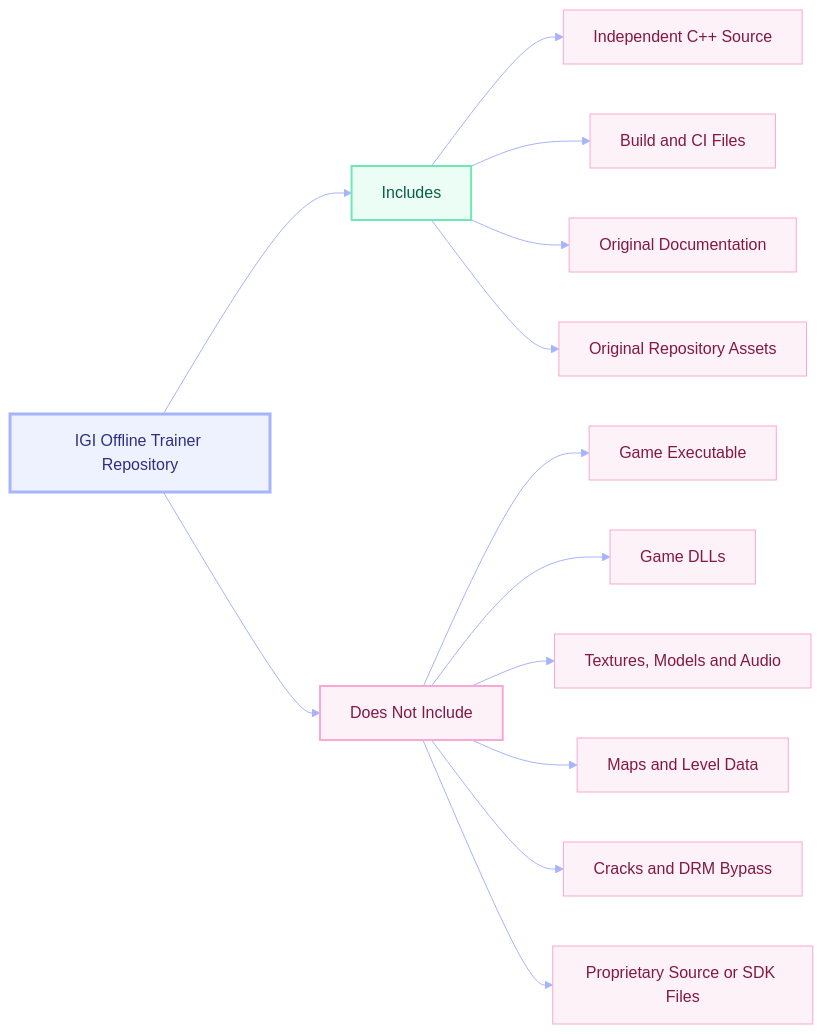
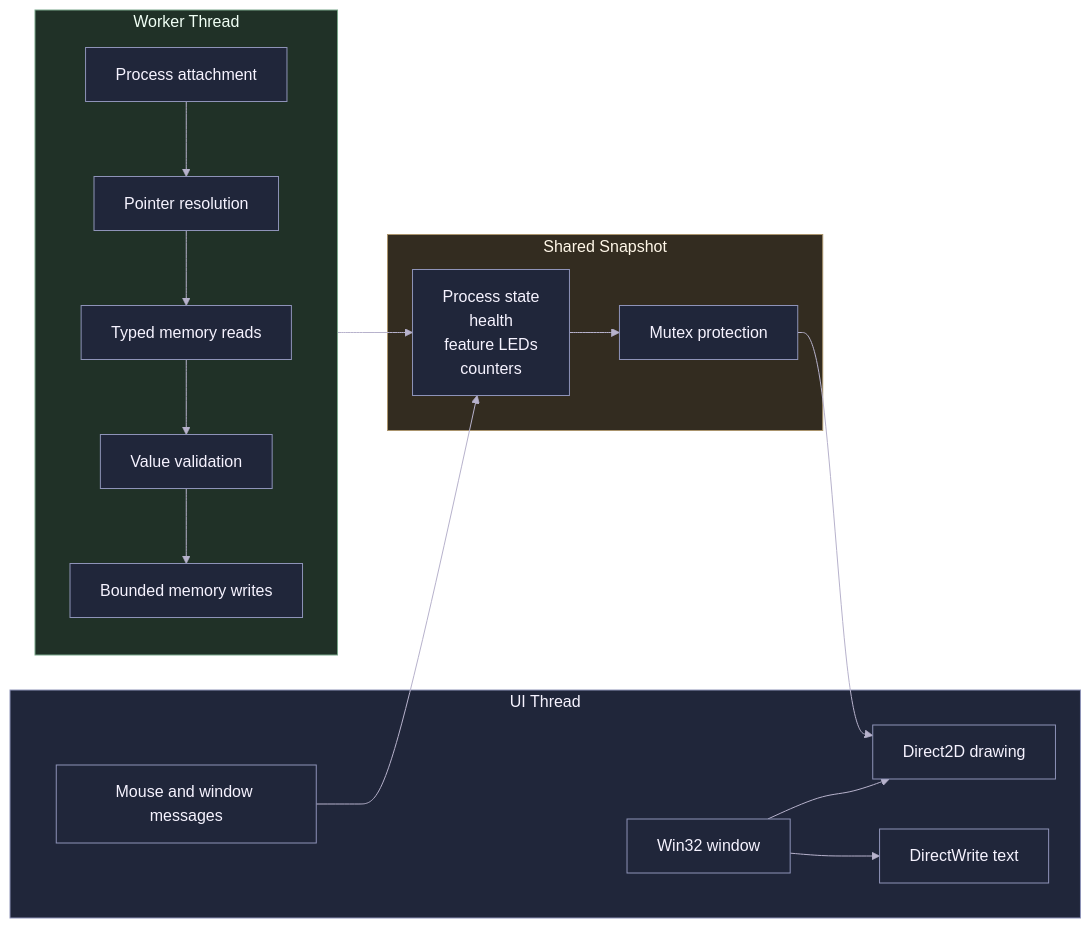
Before and after one commit to Tanishq-JM/Project-IGI-Offline-Trainer: diagram 16 of 17 in README.md, drawn with Mermaid. The commit also changed other lines of this file, not shown here.

````diff
--- a/README.md
+++ b/README.md
@@ -1196,22 +606,35 @@
 ```mermaid
-%%{init: {'theme':'base', 'themeVariables': { 'primaryColor':'#FDF2F8','primaryTextColor':'#831843','primaryBorderColor':'#F9A8D4','lineColor':'#A5B4FC','secondaryColor':'#EEF2FF','tertiaryColor':'#ECFDF5'}}}%%
+%%{init: {'theme':'base', 'themeVariables': {'background':'#0F1117','primaryColor':'#20263A','primaryTextColor':'#F6F3FF','primaryBorderColor':'#8E93B8','lineColor':'#B7B2CC','secondaryColor':'#1D2C35','secondaryTextColor':'#F3FAFC','secondaryBorderColor':'#7E9BAA','tertiaryColor':'#342633','tertiaryTextColor':'#FFF2FB','tertiaryBorderColor':'#A17F9D','fontFamily':'Segoe UI'}}}%%
 flowchart LR
-    Project[IGI Offline Trainer Repository] --> Includes[Includes]
-    Project --> Excludes[Does Not Include]
+    subgraph UI["UI Thread"]
+        Window["Win32 window"]
+        Draw["Direct2D drawing"]
+        Text["DirectWrite text"]
+        Input["Mouse and window messages"]
+    end
 
-    Includes --> Source[Independent C++ Source]
-    Includes --> Build[Build and CI Files]
-    Includes --> Docs[Original Documentation]
-    Includes --> Assets[Original Repository Assets]
+    subgraph Shared["Shared Snapshot"]
+        State["Process state<br/>health<br/>feature LEDs<br/>counters"]
+        Lock["Mutex protection"]
+    end
 
-    Excludes --> Executable[Game Executable]
-    Excludes --> DLLs[Game DLLs]
-    Excludes --> Media[Textures, Models and Audio]
-    Excludes --> Levels[Maps and Level Data]
-    Excludes --> Cracks[Cracks and DRM Bypass]
-    Excludes --> Proprietary[Proprietary Source or SDK Files]
+    subgraph Worker["Worker Thread"]
+        Attach["Process attachment"]
+        Resolve["Pointer resolution"]
+        Read["Typed memory reads"]
+        Validate["Value validation"]
+        Write["Bounded memory writes"]
+    end
 
-    style Project fill:#EEF2FF,stroke:#A5B4FC,stroke-width:3px,color:#312E81
-    style Includes fill:#ECFDF5,stroke:#6EE7B7,stroke-width:2px,color:#065F46
-    style Excludes fill:#FDF2F8,stroke:#F9A8D4,stroke-width:2px,color:#831843
+    Window --> Draw
+    Window --> Text
+    Input --> State
+    Worker --> State
+    State --> Lock
+    Lock --> Draw
+    Attach --> Resolve --> Read --> Validate --> Write
+
+    style UI fill:#20263A,stroke:#8E93B8,color:#F6F3FF
+    style Shared fill:#332C20,stroke:#AA946D,color:#FFF7E8
+    style Worker fill:#203127,stroke:#79A68A,color:#F0FFF5
 ```
````
